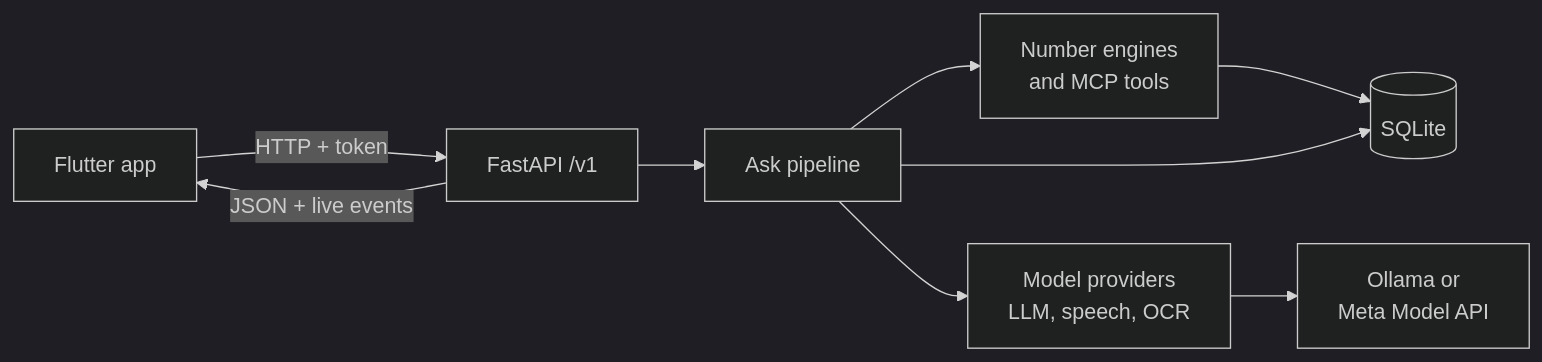
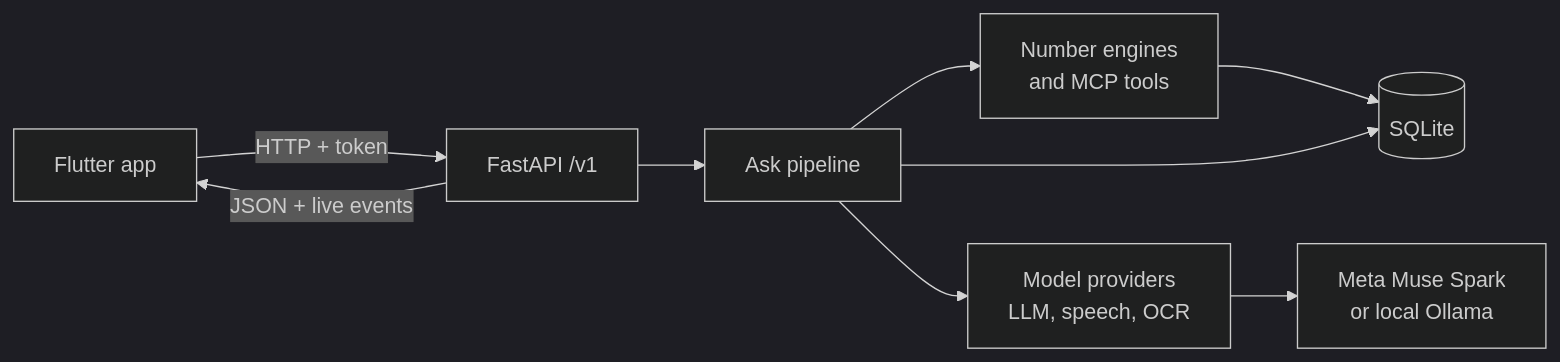
The diagram in README.md (ManuelSiju/kannaku), drawn with Mermaid (dark theme) before and after one commit. The commit also changed other lines of this file and 22 other files, not shown here.

````diff
--- a/README.md
+++ b/README.md
@@ -105,11 +66,11 @@
 ```mermaid
 flowchart LR
     App["Flutter app"] -- "HTTP + token" --> API["FastAPI /v1"]
     API -- "JSON + live events" --> App
     API --> Pipeline["Ask pipeline"]
     Pipeline --> Engines["Number engines<br/>and MCP tools"]
     Pipeline --> Models["Model providers<br/>LLM, speech, OCR"]
     Engines --> DB[("SQLite")]
     Pipeline --> DB
-    Models --> LLM["Ollama or<br/>Meta Model API"]
+    Models --> LLM["Meta Muse Spark<br/>or local Ollama"]
 ```
````
